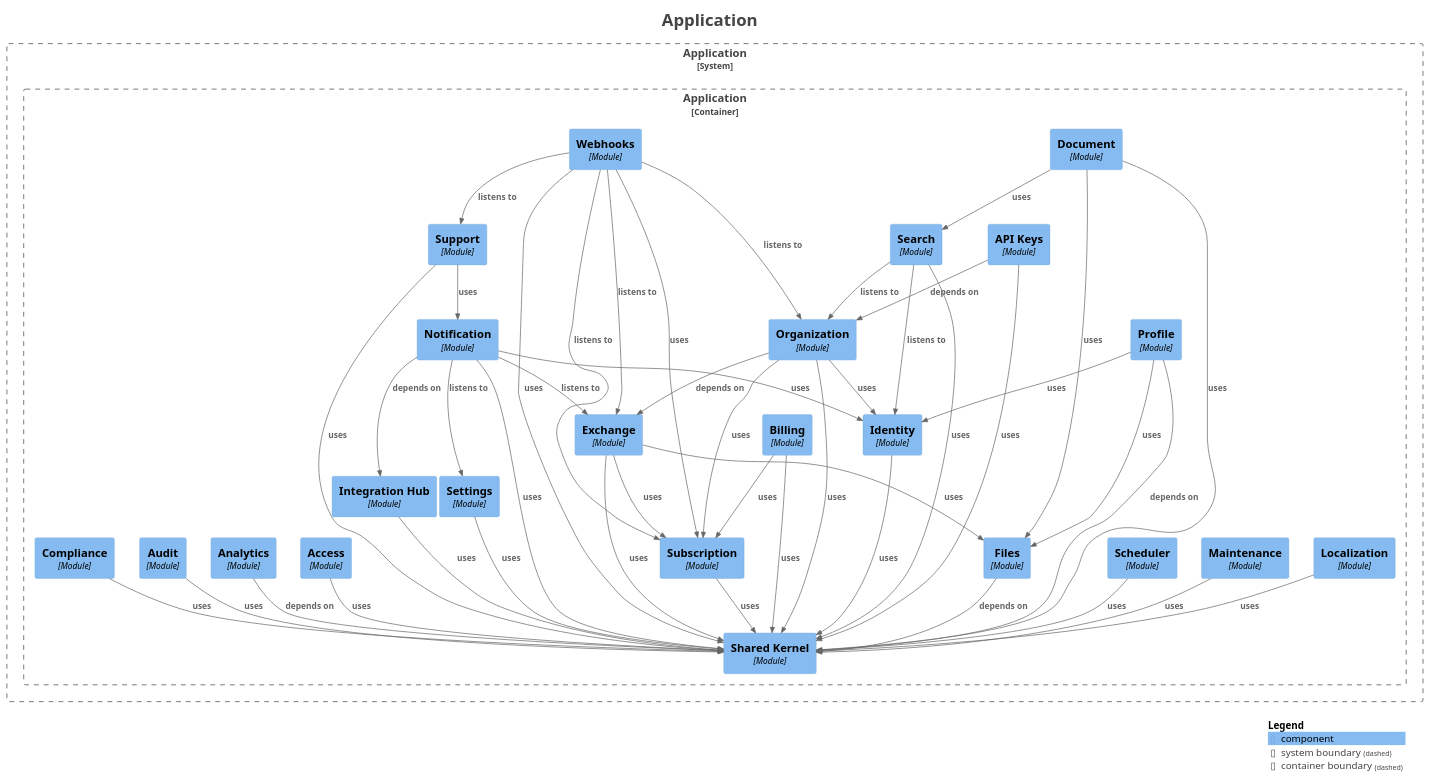
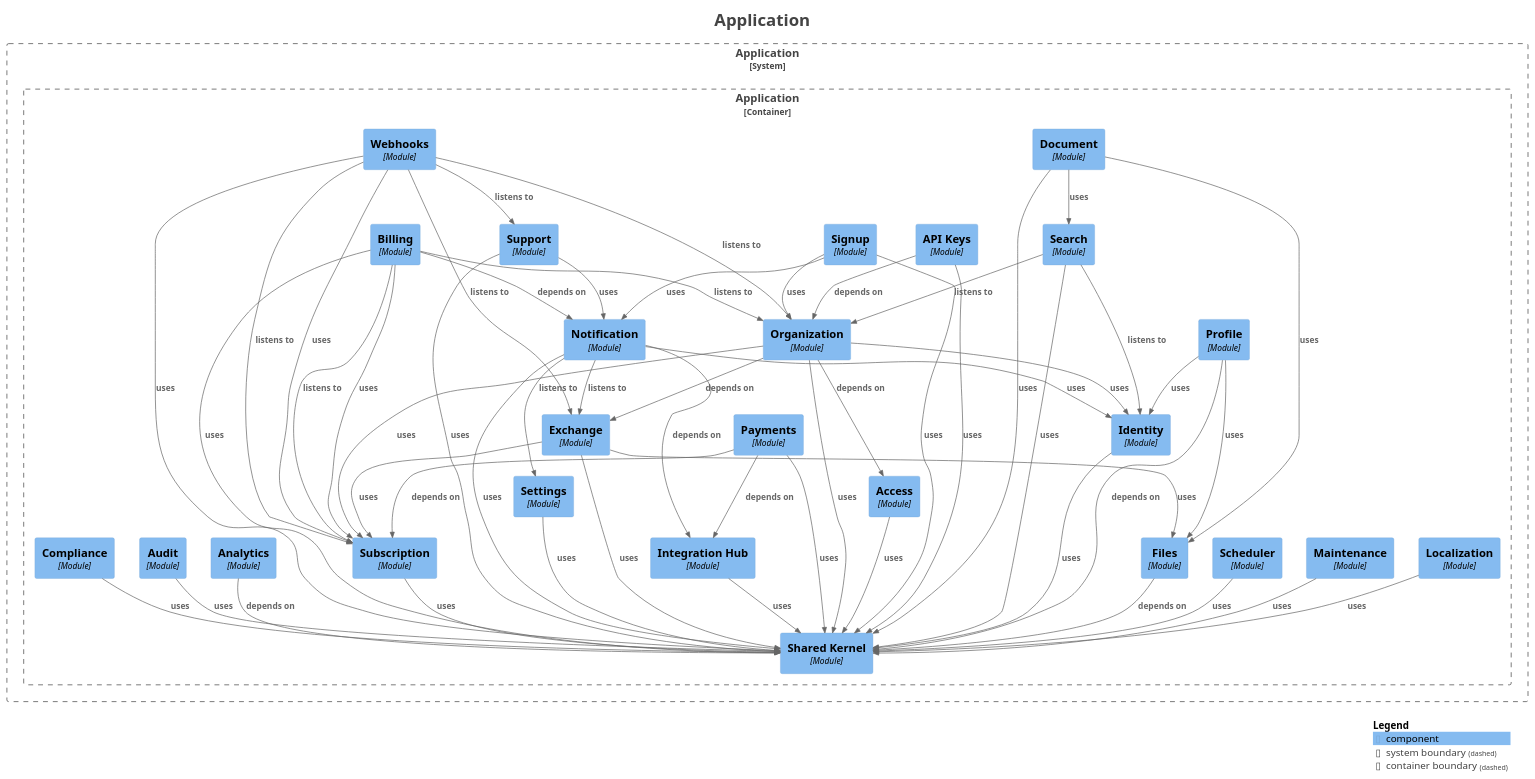
One commit to Paul-Ayesiga/enterprise-modulith-template changed the diagram in docs/modulith/components.puml. Above: the diagram before and after it, drawn with PlantUML. The commit also changed 30 other files, not shown here.

First line of the commit message:
docs(MUST): api-guide + system-diagram for every overnight slice; spec re-filed

```diff
--- a/docs/modulith/components.puml
+++ b/docs/modulith/components.puml
@@ -1,95 +1,107 @@
 @startuml
 title <size:24>Application</size>
 
 set separator none
 top to bottom direction
 
 <style>
   root {
     BackgroundColor: #ffffff
     FontColor: #444444
   }
 </style>
 
 !include <C4/C4>
 !include <C4/C4_Context>
 !include <C4/C4_Component>
 
 System_Boundary("Application_boundary", "Application", $tags="") {
   Container_Boundary("Application.Application_boundary", "Application", $tags="") {
     Component(Application.Application.IntegrationHub, "Integration Hub", $techn="Module", $descr="", $tags="", $link="")
     Component(Application.Application.Localization, "Localization", $techn="Module", $descr="", $tags="", $link="")
     Component(Application.Application.Maintenance, "Maintenance", $techn="Module", $descr="", $tags="", $link="")
     Component(Application.Application.Scheduler, "Scheduler", $techn="Module", $descr="", $tags="", $link="")
     Component(Application.Application.Settings, "Settings", $techn="Module", $descr="", $tags="", $link="")
     Component(Application.Application.Subscription, "Subscription", $techn="Module", $descr="", $tags="", $link="")
-    Component(Application.Application.Billing, "Billing", $techn="Module", $descr="", $tags="", $link="")
     Component(Application.Application.Exchange, "Exchange", $techn="Module", $descr="", $tags="", $link="")
+    Component(Application.Application.Payments, "Payments", $techn="Module", $descr="", $tags="", $link="")
     Component(Application.Application.Profile, "Profile", $techn="Module", $descr="", $tags="", $link="")
     Component(Application.Application.Notification, "Notification", $techn="Module", $descr="", $tags="", $link="")
     Component(Application.Application.Organization, "Organization", $techn="Module", $descr="", $tags="", $link="")
     Component(Application.Application.APIKeys, "API Keys", $techn="Module", $descr="", $tags="", $link="")
+    Component(Application.Application.Billing, "Billing", $techn="Module", $descr="", $tags="", $link="")
     Component(Application.Application.Search, "Search", $techn="Module", $descr="", $tags="", $link="")
+    Component(Application.Application.Signup, "Signup", $techn="Module", $descr="", $tags="", $link="")
     Component(Application.Application.Support, "Support", $techn="Module", $descr="", $tags="", $link="")
     Component(Application.Application.Document, "Document", $techn="Module", $descr="", $tags="", $link="")
     Component(Application.Application.Webhooks, "Webhooks", $techn="Module", $descr="", $tags="", $link="")
     Component(Application.Application.SharedKernel, "Shared Kernel", $techn="Module", $descr="", $tags="", $link="")
     Component(Application.Application.Access, "Access", $techn="Module", $descr="", $tags="", $link="")
     Component(Application.Application.Analytics, "Analytics", $techn="Module", $descr="", $tags="", $link="")
     Component(Application.Application.Audit, "Audit", $techn="Module", $descr="", $tags="", $link="")
     Component(Application.Application.Compliance, "Compliance", $techn="Module", $descr="", $tags="", $link="")
     Component(Application.Application.Files, "Files", $techn="Module", $descr="", $tags="", $link="")
     Component(Application.Application.Identity, "Identity", $techn="Module", $descr="", $tags="", $link="")
   }
 
 }
 
+Rel(Application.Application.Profile, Application.Application.Identity, "uses", $techn="", $tags="", $link="")
+Rel(Application.Application.Profile, Application.Application.Files, "uses", $techn="", $tags="", $link="")
 Rel(Application.Application.Compliance, Application.Application.SharedKernel, "uses", $techn="", $tags="", $link="")
+Rel(Application.Application.Analytics, Application.Application.SharedKernel, "depends on", $techn="", $tags="", $link="")
+Rel(Application.Application.Organization, Application.Application.Access, "depends on", $techn="", $tags="", $link="")
+Rel(Application.Application.Organization, Application.Application.Exchange, "depends on", $techn="", $tags="", $link="")
+Rel(Application.Application.Organization, Application.Application.Identity, "uses", $techn="", $tags="", $link="")
+Rel(Application.Application.Organization, Application.Application.SharedKernel, "uses", $techn="", $tags="", $link="")
+Rel(Application.Application.Organization, Application.Application.Subscription, "uses", $techn="", $tags="", $link="")
+Rel(Application.Application.Subscription, Application.Application.SharedKernel, "uses", $techn="", $tags="", $link="")
+Rel(Application.Application.IntegrationHub, Application.Application.SharedKernel, "uses", $techn="", $tags="", $link="")
 Rel(Application.Application.Access, Application.Application.SharedKernel, "uses", $techn="", $tags="", $link="")
 Rel(Application.Application.Document, Application.Application.Files, "uses", $techn="", $tags="", $link="")
 Rel(Application.Application.Document, Application.Application.Search, "uses", $techn="", $tags="", $link="")
 Rel(Application.Application.Document, Application.Application.SharedKernel, "uses", $techn="", $tags="", $link="")
-Rel(Application.Application.Billing, Application.Application.Subscription, "uses", $techn="", $tags="", $link="")
-Rel(Application.Application.Billing, Application.Application.SharedKernel, "uses", $techn="", $tags="", $link="")
-Rel(Application.Application.Files, Application.Application.SharedKernel, "depends on", $techn="", $tags="", $link="")
+Rel(Application.Application.Settings, Application.Application.SharedKernel, "uses", $techn="", $tags="", $link="")
+Rel(Application.Application.Support, Application.Application.Notification, "uses", $techn="", $tags="", $link="")
+Rel(Application.Application.Support, Application.Application.SharedKernel, "uses", $techn="", $tags="", $link="")
+Rel(Application.Application.Localization, Application.Application.SharedKernel, "uses", $techn="", $tags="", $link="")
 Rel(Application.Application.Maintenance, Application.Application.SharedKernel, "uses", $techn="", $tags="", $link="")
+Rel(Application.Application.APIKeys, Application.Application.Organization, "depends on", $techn="", $tags="", $link="")
+Rel(Application.Application.APIKeys, Application.Application.SharedKernel, "uses", $techn="", $tags="", $link="")
+Rel(Application.Application.Payments, Application.Application.IntegrationHub, "depends on", $techn="", $tags="", $link="")
+Rel(Application.Application.Payments, Application.Application.Subscription, "depends on", $techn="", $tags="", $link="")
+Rel(Application.Application.Payments, Application.Application.SharedKernel, "uses", $techn="", $tags="", $link="")
+Rel(Application.Application.Signup, Application.Application.Organization, "uses", $techn="", $tags="", $link="")
+Rel(Application.Application.Signup, Application.Application.Notification, "uses", $techn="", $tags="", $link="")
+Rel(Application.Application.Signup, Application.Application.SharedKernel, "uses", $techn="", $tags="", $link="")
+Rel(Application.Application.Audit, Application.Application.SharedKernel, "uses", $techn="", $tags="", $link="")
+Rel(Application.Application.Scheduler, Application.Application.SharedKernel, "uses", $techn="", $tags="", $link="")
 Rel(Application.Application.Notification, Application.Application.Exchange, "listens to", $techn="", $tags="", $link="")
 Rel(Application.Application.Notification, Application.Application.Settings, "listens to", $techn="", $tags="", $link="")
 Rel(Application.Application.Notification, Application.Application.IntegrationHub, "depends on", $techn="", $tags="", $link="")
 Rel(Application.Application.Notification, Application.Application.SharedKernel, "uses", $techn="", $tags="", $link="")
 Rel(Application.Application.Notification, Application.Application.Identity, "uses", $techn="", $tags="", $link="")
-Rel(Application.Application.Analytics, Application.Application.SharedKernel, "depends on", $techn="", $tags="", $link="")
-Rel(Application.Application.Profile, Application.Application.SharedKernel, "depends on", $techn="", $tags="", $link="")
-Rel(Application.Application.Profile, Application.Application.Identity, "uses", $techn="", $tags="", $link="")
-Rel(Application.Application.Profile, Application.Application.Files, "uses", $techn="", $tags="", $link="")
-Rel(Application.Application.Support, Application.Application.Notification, "uses", $techn="", $tags="", $link="")
-Rel(Application.Application.Support, Application.Application.SharedKernel, "uses", $techn="", $tags="", $link="")
+Rel(Application.Application.Billing, Application.Application.Subscription, "listens to", $techn="", $tags="", $link="")
+Rel(Application.Application.Billing, Application.Application.Organization, "listens to", $techn="", $tags="", $link="")
+Rel(Application.Application.Billing, Application.Application.Notification, "depends on", $techn="", $tags="", $link="")
+Rel(Application.Application.Billing, Application.Application.Subscription, "uses", $techn="", $tags="", $link="")
+Rel(Application.Application.Billing, Application.Application.SharedKernel, "uses", $techn="", $tags="", $link="")
+Rel(Application.Application.Files, Application.Application.SharedKernel, "depends on", $techn="", $tags="", $link="")
 Rel(Application.Application.Identity, Application.Application.SharedKernel, "uses", $techn="", $tags="", $link="")
-Rel(Application.Application.Subscription, Application.Application.SharedKernel, "uses", $techn="", $tags="", $link="")
-Rel(Application.Application.Webhooks, Application.Application.Organization, "listens to", $techn="", $tags="", $link="")
-Rel(Application.Application.Webhooks, Application.Application.Support, "listens to", $techn="", $tags="", $link="")
-Rel(Application.Application.Webhooks, Application.Application.Subscription, "listens to", $techn="", $tags="", $link="")
-Rel(Application.Application.Webhooks, Application.Application.Exchange, "listens to", $techn="", $tags="", $link="")
-Rel(Application.Application.Webhooks, Application.Application.SharedKernel, "uses", $techn="", $tags="", $link="")
-Rel(Application.Application.Webhooks, Application.Application.Subscription, "uses", $techn="", $tags="", $link="")
-Rel(Application.Application.Scheduler, Application.Application.SharedKernel, "uses", $techn="", $tags="", $link="")
-Rel(Application.Application.Organization, Application.Application.Exchange, "depends on", $techn="", $tags="", $link="")
-Rel(Application.Application.Organization, Application.Application.Identity, "uses", $techn="", $tags="", $link="")
-Rel(Application.Application.Organization, Application.Application.SharedKernel, "uses", $techn="", $tags="", $link="")
-Rel(Application.Application.Organization, Application.Application.Subscription, "uses", $techn="", $tags="", $link="")
-Rel(Application.Application.Settings, Application.Application.SharedKernel, "uses", $techn="", $tags="", $link="")
-Rel(Application.Application.Localization, Application.Application.SharedKernel, "uses", $techn="", $tags="", $link="")
 Rel(Application.Application.Search, Application.Application.Identity, "listens to", $techn="", $tags="", $link="")
 Rel(Application.Application.Search, Application.Application.Organization, "listens to", $techn="", $tags="", $link="")
 Rel(Application.Application.Search, Application.Application.SharedKernel, "uses", $techn="", $tags="", $link="")
-Rel(Application.Application.APIKeys, Application.Application.Organization, "depends on", $techn="", $tags="", $link="")
-Rel(Application.Application.APIKeys, Application.Application.SharedKernel, "uses", $techn="", $tags="", $link="")
-Rel(Application.Application.Audit, Application.Application.SharedKernel, "uses", $techn="", $tags="", $link="")
-Rel(Application.Application.IntegrationHub, Application.Application.SharedKernel, "uses", $techn="", $tags="", $link="")
+Rel(Application.Application.Webhooks, Application.Application.Organization, "listens to", $techn="", $tags="", $link="")
+Rel(Application.Application.Webhooks, Application.Application.Subscription, "listens to", $techn="", $tags="", $link="")
+Rel(Application.Application.Webhooks, Application.Application.Exchange, "listens to", $techn="", $tags="", $link="")
+Rel(Application.Application.Webhooks, Application.Application.Support, "listens to", $techn="", $tags="", $link="")
+Rel(Application.Application.Webhooks, Application.Application.SharedKernel, "uses", $techn="", $tags="", $link="")
+Rel(Application.Application.Webhooks, Application.Application.Subscription, "uses", $techn="", $tags="", $link="")
 Rel(Application.Application.Exchange, Application.Application.Files, "uses", $techn="", $tags="", $link="")
 Rel(Application.Application.Exchange, Application.Application.SharedKernel, "uses", $techn="", $tags="", $link="")
 Rel(Application.Application.Exchange, Application.Application.Subscription, "uses", $techn="", $tags="", $link="")
+Rel(Application.Application.Profile, Application.Application.SharedKernel, "depends on", $techn="", $tags="", $link="")
 
 SHOW_LEGEND(true)
 hide stereotypes
 @enduml
```
